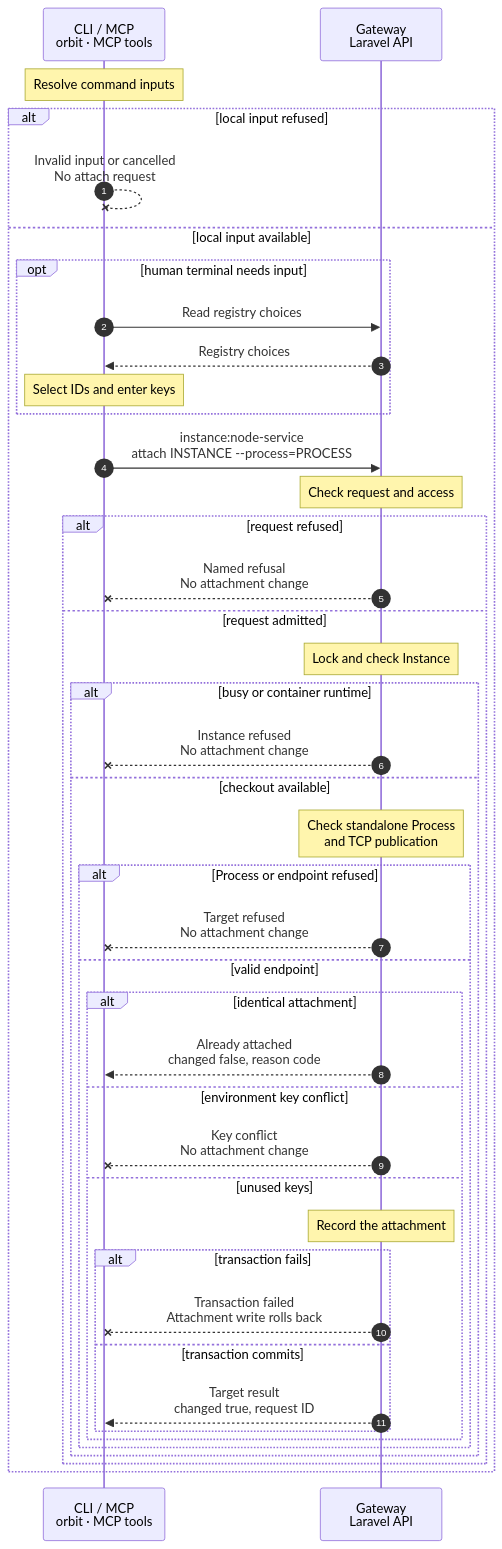
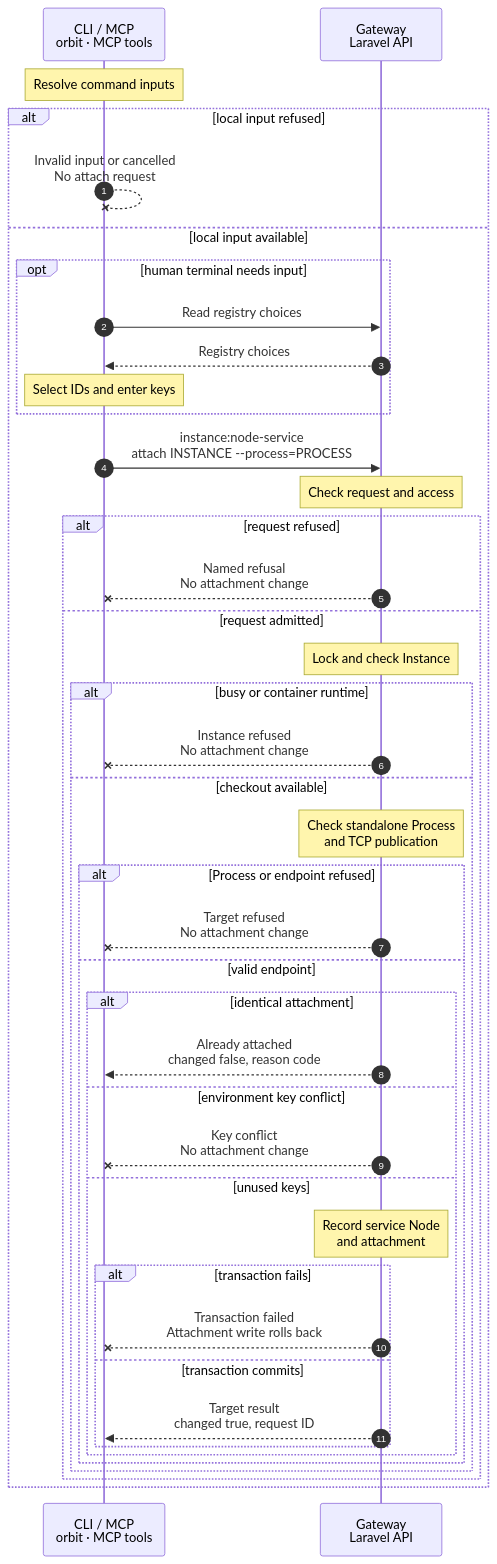
The diagram in docs/cli/instance/node-service-attach.mmd (hardimpactdev/orbit), drawn with Mermaid before and after one commit. The commit also changed 21 other files, not shown here.

First line of the commit message:
feat: allow exact remote Node service targets in Instance containers (#3477)

```diff
--- a/docs/cli/instance/node-service-attach.mmd
+++ b/docs/cli/instance/node-service-attach.mmd
@@ -1,77 +1,77 @@
 sequenceDiagram
   %% Record-only attachment: recorded Process intent, no Node execution.
   %% status: draft
   %% command: instance:node-service:attach
   %% kind: instance.node_service_attach
   autonumber
   %% lane CLI icon=terminal pill=caller tone=gray
   %% lane GW icon=gateway pill=intent tone=blue
   participant CLI as CLI / MCP<br/>orbit · MCP tools
   participant GW as Gateway<br/>Laravel API
   Note over CLI: Resolve command inputs
   alt local input refused
     CLI--xCLI: Invalid input or cancelled<br/>No attach request
     %%> On failure:
     %%> - instance.id_invalid refuses an invalid supplied or missing noninteractive Instance ID, or an empty Instance list after the registry GET; no mutation request is sent.
     %%> - instance.node_service_process_required refuses a missing noninteractive Process ID, or an empty Node Process list after its registry GET; no mutation request is sent.
     %%> - instance.node_service_host_key_required and instance.node_service_port_key_required refuse omitted key names only in JSON or noninteractive mode.
     %%> - validation.failed refuses an invalid supplied Process ID or port, including an explicitly empty port.
     %%> - input.cancelled ends a cancelled terminal selection or text prompt before mutation.
     %%> - State stays unchanged. Invalid supplied IDs or port and missing noninteractive inputs send no request. Terminal cancellation or empty choices can follow registry reads.
   else local input available
     opt human terminal needs input
       CLI->>GW: Read registry choices
       GW-->>CLI: Registry choices
       Note over CLI: Select IDs and enter keys
       %%> When:
       %%> - Omitted IDs use registry data lists; omitted environment keys use validated text prompts. Reads may refuse without an attachment change.
     end
     CLI->>GW: instance:node-service<br/>attach INSTANCE --process=PROCESS
     %%> Command:
     %%> - orbit instance:node-service:attach INSTANCE --process=PROCESS --host-env-key=KEY --port-env-key=KEY
     %%> - syntax: instance:node-service:attach
     Note over GW: Check request and access
     %%> On failure:
-    %%> - peer.identity_unknown, node_access.required or http.404 refuses the caller or numeric Instance.
+    %%> - peer.identity_unknown, node_access.required or http.404 refuses the caller or numeric Instance; authority is required for both the Instance Node and selected Process Node.
     %%> - validation.failed refuses invalid body fields or environment keys.
     alt request refused
       GW--xCLI: Named refusal<br/>No attachment change
     else request admitted
       Note over GW: Lock and check Instance
       alt busy or container runtime
         GW--xCLI: Instance refused<br/>No attachment change
         %%> On failure:
         %%> - instance.lifecycle_busy refuses an inactive Instance, running migration or detach.
         %%> - instance.node_service_runtime_unsupported refuses an existing container runtime.
       else checkout available
         Note over GW: Check standalone Process<br/>and TCP publication
         %%> Why:
         %%> - Admission uses recorded ownership, desired state and Docker publication; it contacts no Node.
         alt Process or endpoint refused
           GW--xCLI: Target refused<br/>No attachment change
           %%> On failure:
-          %%> - instance.node_service_process_missing, instance.node_service_remote_node and instance.node_service_process_owned refuse an unknown, non-Node, remote or service-owned Process.
+          %%> - instance.node_service_process_missing and instance.node_service_process_owned refuse an unknown, non-Node or service-owned Process; remote Docker Processes are eligible.
           %%> - instance.node_service_protocol_unsupported and instance.node_service_process_stopped refuse non-TCP or desired-stopped targets.
           %%> - instance.node_service_port_required and instance.node_service_port_unpublished refuse an omitted choice among several ports or an unpublished TCP host port.
-          %%> - instance.node_service_port_reserved, instance.host_unavailable and instance.node_service_listener_private refuse infrastructure ports, a missing bridge or private-only binding.
+          %%> - instance.node_service_port_reserved, instance.host_unavailable and instance.node_service_listener_private refuse infrastructure ports, a missing Instance bridge, or an ineligible bind. A remote target needs exactly one TCP publication at its owner's private IPv4 WireGuard address.
         else valid endpoint
           alt identical attachment
             GW-->>CLI: Already attached<br/>changed false, reason code
             %%> When:
             %%> - The Process, port and both keys match the existing record; its stable skip reason is instance.node_service_target_unchanged.
           else environment key conflict
             GW--xCLI: Key conflict<br/>No attachment change
             %%> On failure:
             %%> - instance.node_service_environment_conflict requires detaching the old record before a correction.
           else unused keys
-            Note over GW: Record the attachment
+            Note over GW: Record service Node<br/>and attachment
             alt transaction fails
               GW--xCLI: Transaction failed<br/>Attachment write rolls back
             else transaction commits
               GW-->>CLI: Target result<br/>changed true, request ID
             end
           end
         end
       end
     end
   end
```
